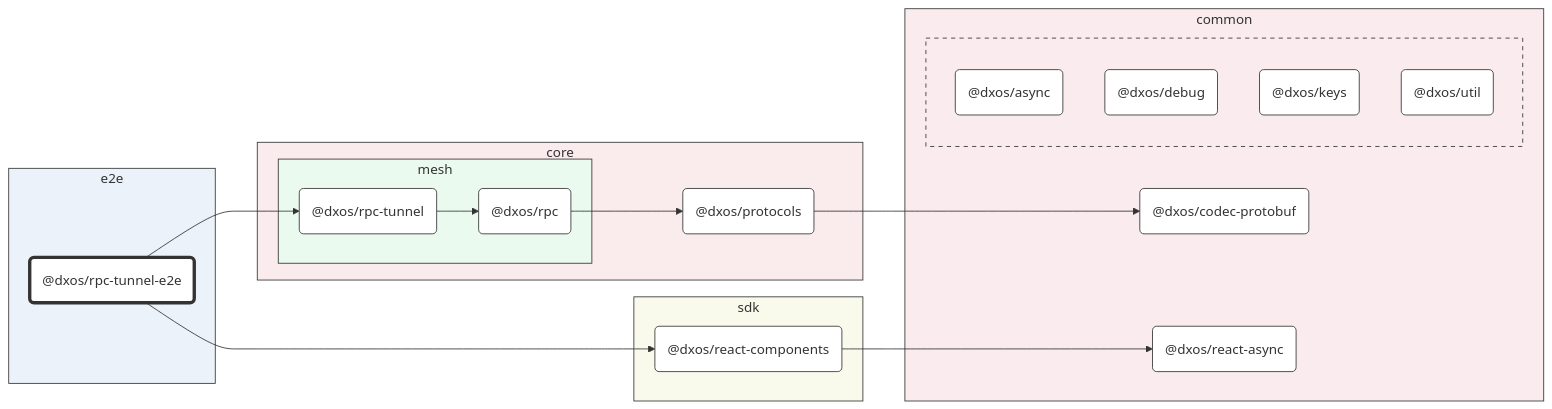
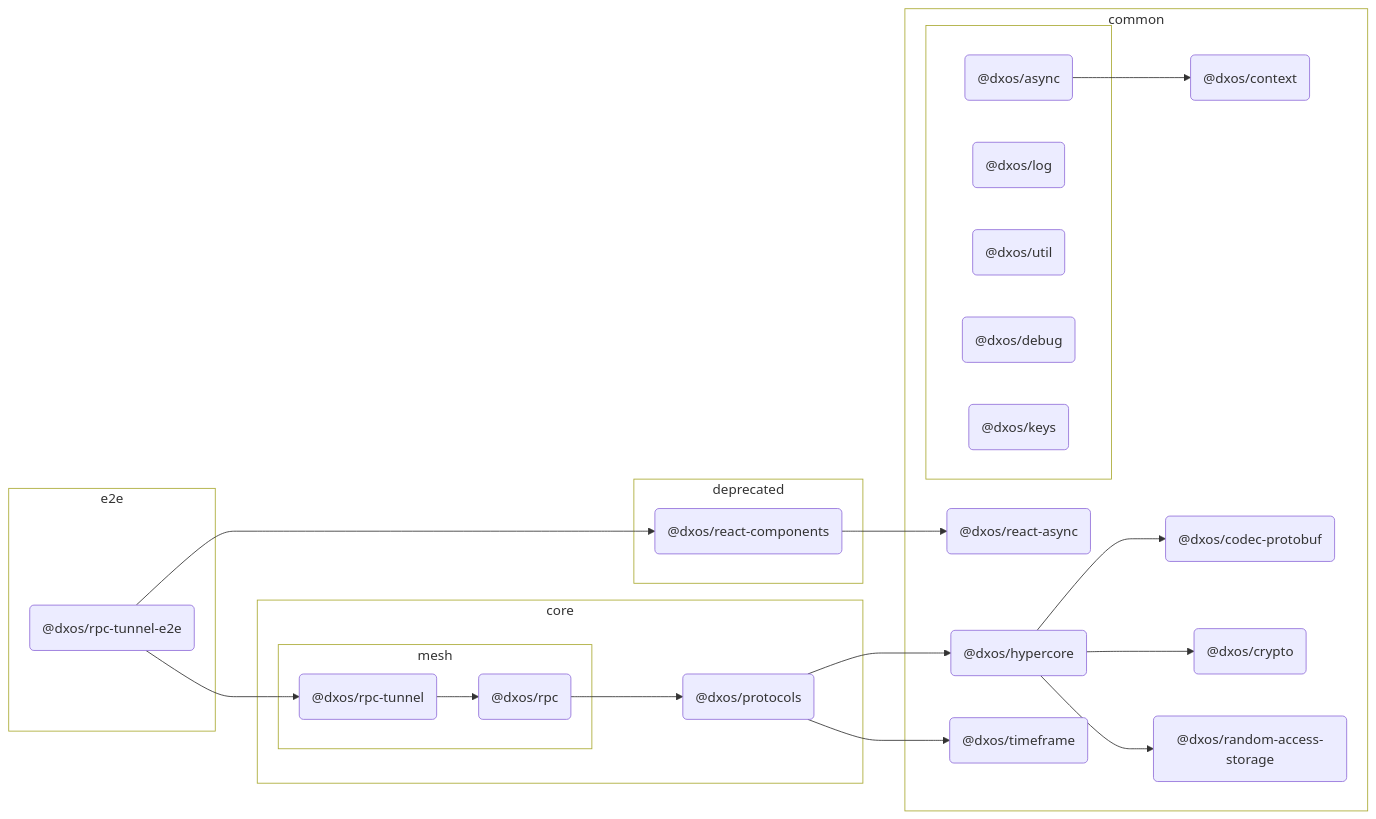
The diagram in packages/e2e/rpc-tunnel-e2e/docs/README.md (dxos/dxos), drawn with Mermaid before and after one commit. The commit also changed other lines of this file and 127 other files, not shown here.

````diff
--- a/packages/e2e/rpc-tunnel-e2e/docs/README.md
+++ b/packages/e2e/rpc-tunnel-e2e/docs/README.md
@@ -7,66 +7,82 @@
 ```mermaid
 %%{ init: {'flowchart':{'curve':'basis'}} }%%
 
 flowchart LR
 
 %% Classes
-classDef def fill:#fff,stroke:#333,stroke-width:1px
-classDef root fill:#fff,stroke:#333,stroke-width:4px
+
+
 
 %% Nodes
 
 subgraph e2e [e2e]
-  style e2e fill:#ebf2fa,stroke:#333
+  style e2e fill:transparent
   dxos/rpc-tunnel-e2e("@dxos/rpc-tunnel-e2e"):::root
-  click dxos/rpc-tunnel-e2e "dxos/dxos/tree/main/packages/e2e/rpc-tunnel/docs"
+  click dxos/rpc-tunnel-e2e "dxos/dxos/tree/main/packages/e2e/rpc-tunnel-e2e/docs"
 end
 
 subgraph common [common]
-  style common fill:#faebee,stroke:#333
+  style common fill:transparent
+  dxos/context("@dxos/context"):::def
+  click dxos/context "dxos/dxos/tree/main/packages/common/context/docs"
   dxos/codec-protobuf("@dxos/codec-protobuf"):::def
   click dxos/codec-protobuf "dxos/dxos/tree/main/packages/common/codec-protobuf/docs"
+  dxos/hypercore("@dxos/hypercore"):::def
+  click dxos/hypercore "dxos/dxos/tree/main/packages/common/hypercore/docs"
+  dxos/crypto("@dxos/crypto"):::def
+  click dxos/crypto "dxos/dxos/tree/main/packages/common/crypto/docs"
+  dxos/random-access-storage("@dxos/random-access-storage"):::def
+  click dxos/random-access-storage "dxos/dxos/tree/main/packages/common/random-access-storage/docs"
+  dxos/timeframe("@dxos/timeframe"):::def
+  click dxos/timeframe "dxos/dxos/tree/main/packages/common/timeframe/docs"
   dxos/react-async("@dxos/react-async"):::def
   click dxos/react-async "dxos/dxos/tree/main/packages/common/react-async/docs"
 
   subgraph _ [ ]
-    style _ fill:#faebee,stroke:#333,stroke-dasharray:5 5
+    style _ fill:transparent
     dxos/async("@dxos/async"):::def
     click dxos/async "dxos/dxos/tree/main/packages/common/async/docs"
+    dxos/log("@dxos/log"):::def
+    click dxos/log "dxos/dxos/tree/main/packages/common/log/docs"
+    dxos/util("@dxos/util"):::def
+    click dxos/util "dxos/dxos/tree/main/packages/common/util/docs"
     dxos/debug("@dxos/debug"):::def
     click dxos/debug "dxos/dxos/tree/main/packages/common/debug/docs"
     dxos/keys("@dxos/keys"):::def
     click dxos/keys "dxos/dxos/tree/main/packages/common/keys/docs"
-    dxos/util("@dxos/util"):::def
-    click dxos/util "dxos/dxos/tree/main/packages/common/util/docs"
   end
 end
 
 subgraph core [core]
-  style core fill:#faebec,stroke:#333
+  style core fill:transparent
   dxos/protocols("@dxos/protocols"):::def
   click dxos/protocols "dxos/dxos/tree/main/packages/core/protocols/docs"
 
   subgraph mesh [mesh]
-    style mesh fill:#ebfaef,stroke:#333
+    style mesh fill:transparent
     dxos/rpc("@dxos/rpc"):::def
     click dxos/rpc "dxos/dxos/tree/main/packages/core/mesh/rpc/docs"
     dxos/rpc-tunnel("@dxos/rpc-tunnel"):::def
     click dxos/rpc-tunnel "dxos/dxos/tree/main/packages/core/mesh/rpc-tunnel/docs"
   end
 end
 
-subgraph sdk [sdk]
-  style sdk fill:#f9faeb,stroke:#333
+subgraph deprecated [deprecated]
+  style deprecated fill:transparent
   dxos/react-components("@dxos/react-components"):::def
-  click dxos/react-components "dxos/dxos/tree/main/packages/sdk/react-components/docs"
+  click dxos/react-components "dxos/dxos/tree/main/packages/deprecated/react-components/docs"
 end
 
 %% Links
-linkStyle default stroke:#333,stroke-width:1px
-dxos/protocols --> dxos/codec-protobuf
+dxos/async --> dxos/context
+dxos/protocols --> dxos/hypercore
+dxos/hypercore --> dxos/codec-protobuf
+dxos/hypercore --> dxos/crypto
+dxos/hypercore --> dxos/random-access-storage
+dxos/protocols --> dxos/timeframe
 dxos/rpc-tunnel-e2e --> dxos/react-components
 dxos/react-components --> dxos/react-async
 dxos/rpc --> dxos/protocols
 dxos/rpc-tunnel-e2e --> dxos/rpc-tunnel
 dxos/rpc-tunnel --> dxos/rpc
 ```
````
